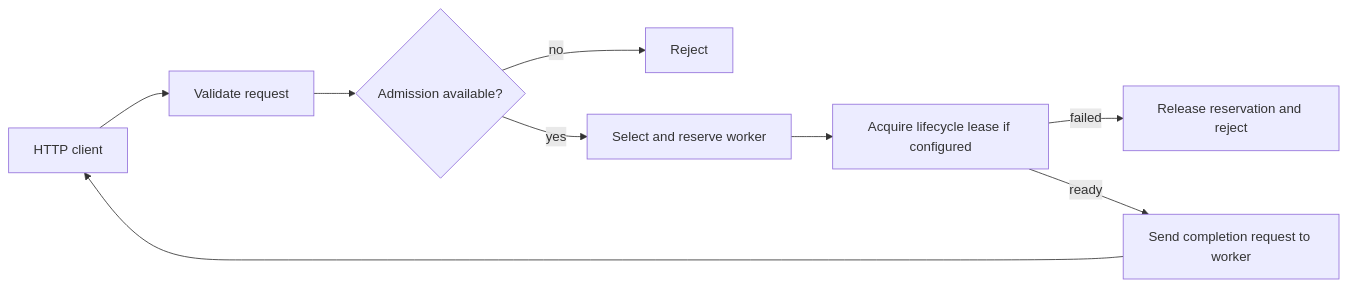
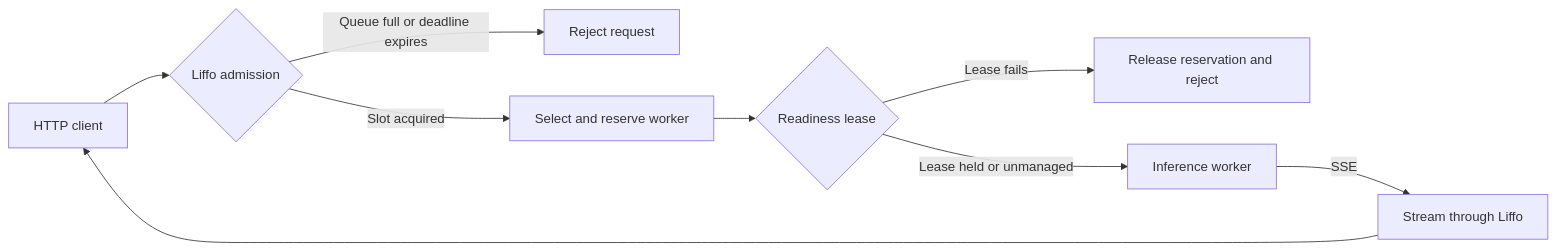
Before and after one commit to Priyanshuthapliyal2005/Liffo: the diagram in docs/ARCHITECTURE.md, drawn with Mermaid. The commit also changed other lines of this file and 5 other files, not shown here.

````diff
--- a/docs/ARCHITECTURE.md
+++ b/docs/ARCHITECTURE.md
@@ -8,11 +8,11 @@
 ```mermaid
 flowchart LR
-    C[HTTP client] --> V[Validate request]
-    V --> A{Admission available?}
-    A -->|no| R[Reject]
-    A -->|yes| S[Select and reserve worker]
-    S --> L[Acquire lifecycle lease if configured]
-    L -->|failed| X[Release reservation and reject]
-    L -->|ready| W[Send completion request to worker]
-    W --> C
+    Client[HTTP client] --> Admit{Liffo admission}
+    Admit -->|Queue full or deadline expires| Reject[Reject request]
+    Admit -->|Slot acquired| Select[Select and reserve worker]
+    Select --> Lease{Readiness lease}
+    Lease -->|Lease fails| Release[Release reservation and reject]
+    Lease -->|Lease held or unmanaged| Worker[Inference worker]
+    Worker -->|SSE| Stream[Stream through Liffo]
+    Stream --> Client
 ```
````
